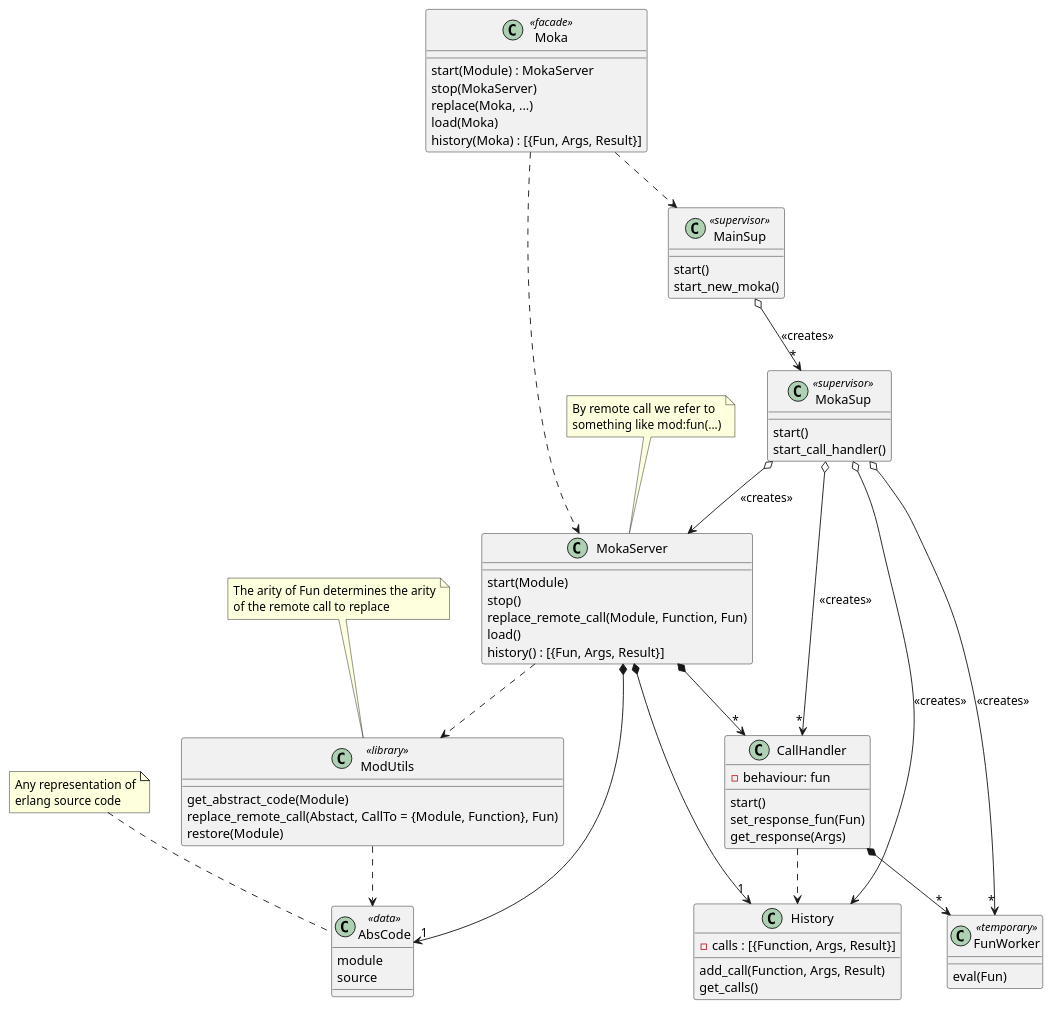
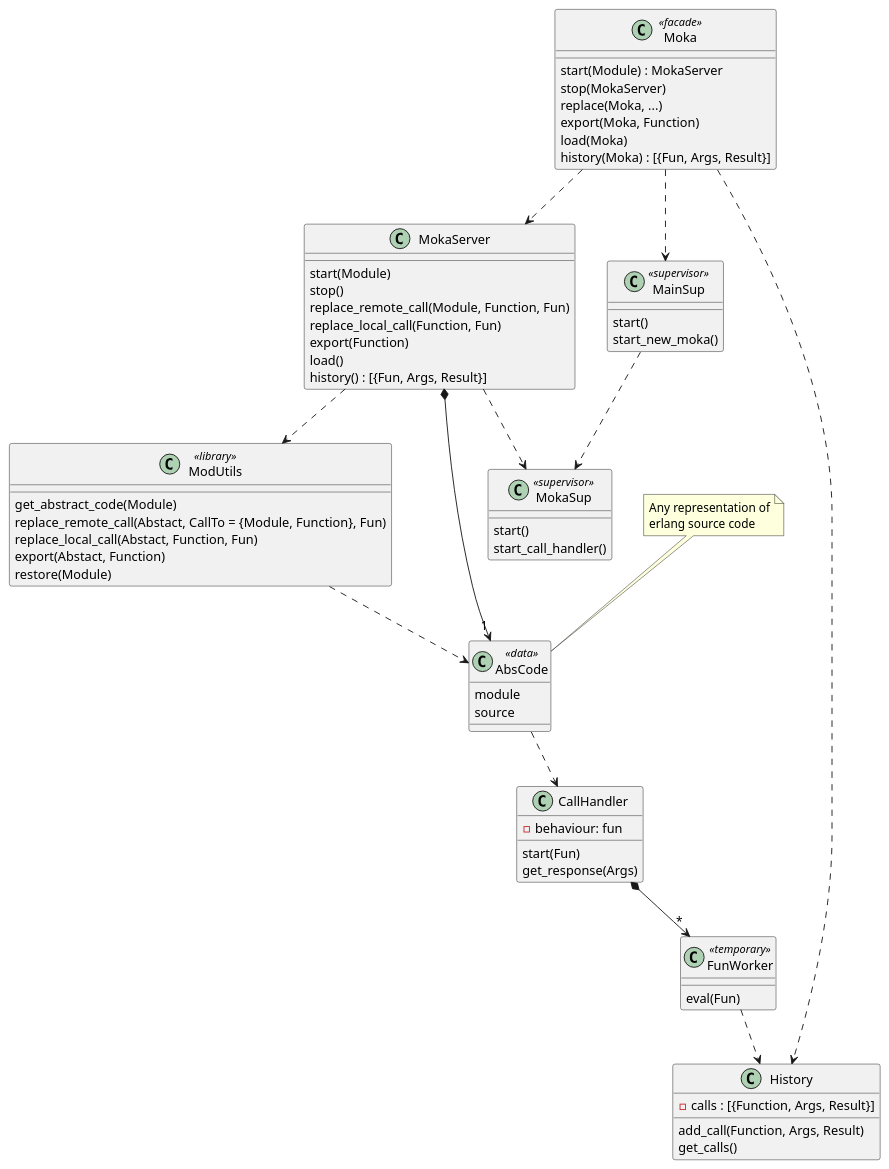
The diagram in doc/design/classes.puml (samuelrivas/moka), drawn with PlantUML before and after one commit.

Commit message:
DOC update and simplify the class diagram
Removed the supervision creation hierarchy that was moved to the supervision
tree diagram

```diff
--- a/doc/design/classes.puml
+++ b/doc/design/classes.puml
@@ -1,96 +1,86 @@
 @startuml
 
 class Moka <<facade>> {
   start(Module) : MokaServer
   stop(MokaServer)
   replace(Moka, ...)
+  export(Moka, Function)
   load(Moka)
   history(Moka) : [{Fun, Args, Result}]
 }
 
 class MokaServer {
 
   start(Module)
   stop()
   replace_remote_call(Module, Function, Fun)
+  replace_local_call(Function, Fun)
+  export(Function)
   load()
   history() : [{Fun, Args, Result}]
 }
 
-note as M1
-  By remote call we refer to
-  something like mod:fun(...)
-end note
-
-M1 .. MokaServer
-
 class ModUtils <<library>> {
   get_abstract_code(Module)
   replace_remote_call(Abstact, CallTo = {Module, Function}, Fun)
+  replace_local_call(Abstact, Function, Fun)
+  export(Abstact, Function)
   restore(Module)
 }
-
-note as M2
-  The arity of Fun determines the arity
-  of the remote call to replace
-end note
-
-M2 .. ModUtils
 
 class AbsCode <<data>> {
   module
   source
 }
 
 class CallHandler {
   - behaviour: fun
 
-  start()
-  set_response_fun(Fun)
+  start(Fun)
   get_response(Args)
 }
 
 class FunWorker  <<temporary>> {
   eval(Fun)
 }
 
 class History {
   - calls : [{Function, Args, Result}]
 
   add_call(Function, Args, Result)
   get_calls()
 }
 
 note as M3
   Any representation of
   erlang source code
 end note
 M3 .. AbsCode
 
 class MainSup <<supervisor>> {
   start()
   start_new_moka()
 }
 class MokaSup <<supervisor>> {
   start()
   start_call_handler()
 }
 
 Moka ..> MainSup
 Moka ..> MokaServer
+Moka ..> History
 
-MokaServer *--> "*" CallHandler
 MokaServer *--> "1" AbsCode
-MokaServer *--> "1" History
+MokaServer  ..>     MokaSup
 MokaServer  ..>     ModUtils
 ModUtils    ..>     AbsCode
 
-MainSup o--> "*" MokaSup     : <<creates>>
-MokaSup o-->     MokaServer  : <<creates>>
-MokaSup o--> "*" CallHandler : <<creates>>
-MokaSup o-->     History     : <<creates>>
-MokaSup o--> "*" FunWorker   : <<creates>>
+MainSup  ..> MokaSup
 
-CallHandler  ..>     History
 CallHandler *--> "*" FunWorker
+
+FunWorker ..> History
+
+AbsCode ..> CallHandler
+
 @enduml
```
